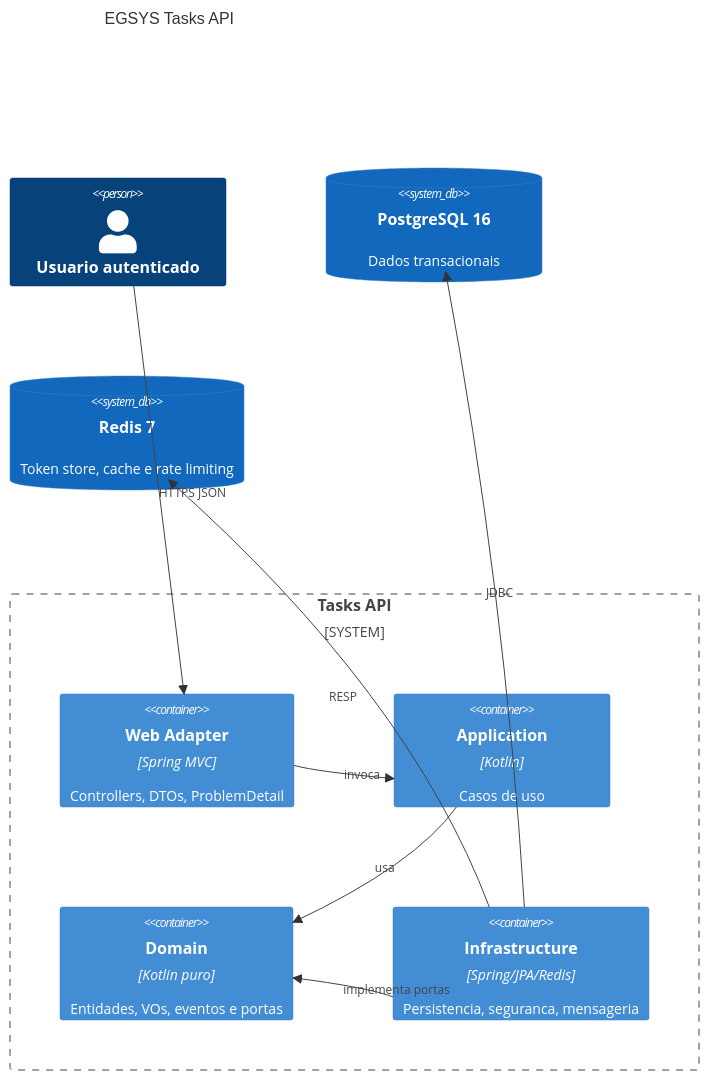
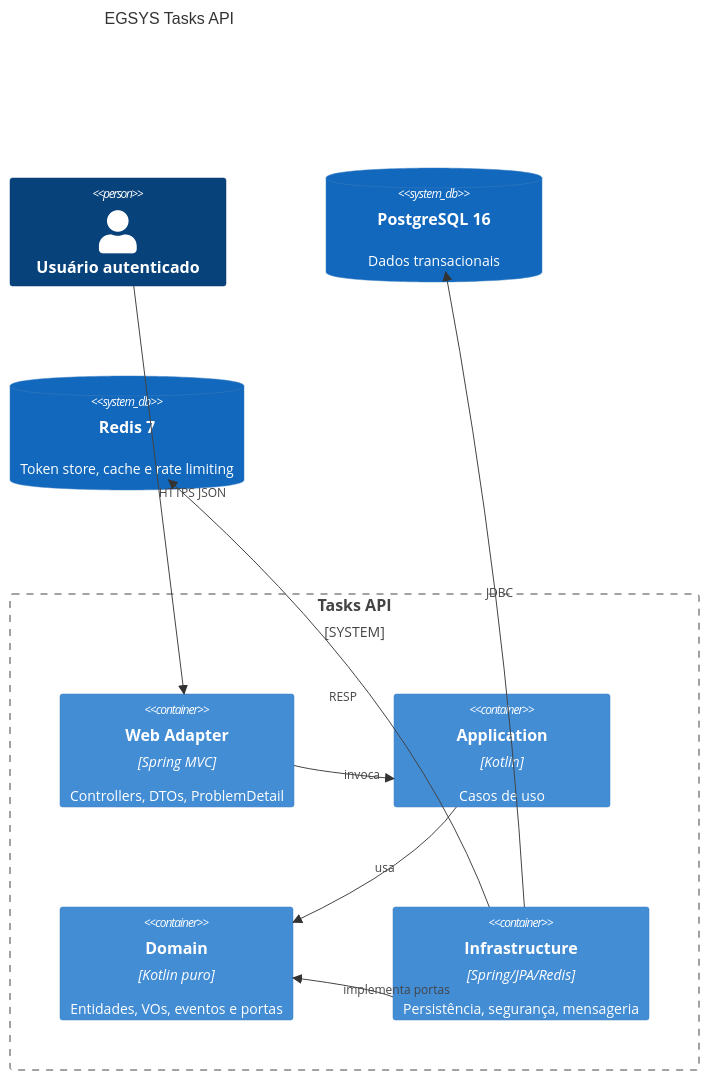
The diagram in README.md (omatheusdutra/teste-api-spring-egsys), drawn with Mermaid before and after one commit. The commit also changed other lines of this file, not shown here.

````diff
--- a/README.md
+++ b/README.md
@@ -153,21 +153,21 @@
 ```mermaid
 C4Container
 title EGSYS Tasks API
 
-Person(user, "Usuario autenticado")
+Person(user, "Usuário autenticado")
 System_Boundary(api, "Tasks API") {
   Container(web, "Web Adapter", "Spring MVC", "Controllers, DTOs, ProblemDetail")
   Container(app, "Application", "Kotlin", "Casos de uso")
   Container(domain, "Domain", "Kotlin puro", "Entidades, VOs, eventos e portas")
-  Container(infra, "Infrastructure", "Spring/JPA/Redis", "Persistencia, seguranca, mensageria")
+  Container(infra, "Infrastructure", "Spring/JPA/Redis", "Persistência, segurança, mensageria")
 }
 SystemDb(postgres, "PostgreSQL 16", "Dados transacionais")
 SystemDb(redis, "Redis 7", "Token store, cache e rate limiting")
 
 Rel(user, web, "HTTPS JSON")
 Rel(web, app, "invoca")
 Rel(app, domain, "usa")
 Rel(infra, domain, "implementa portas")
 Rel(infra, postgres, "JDBC")
 Rel(infra, redis, "RESP")
 ```
````
